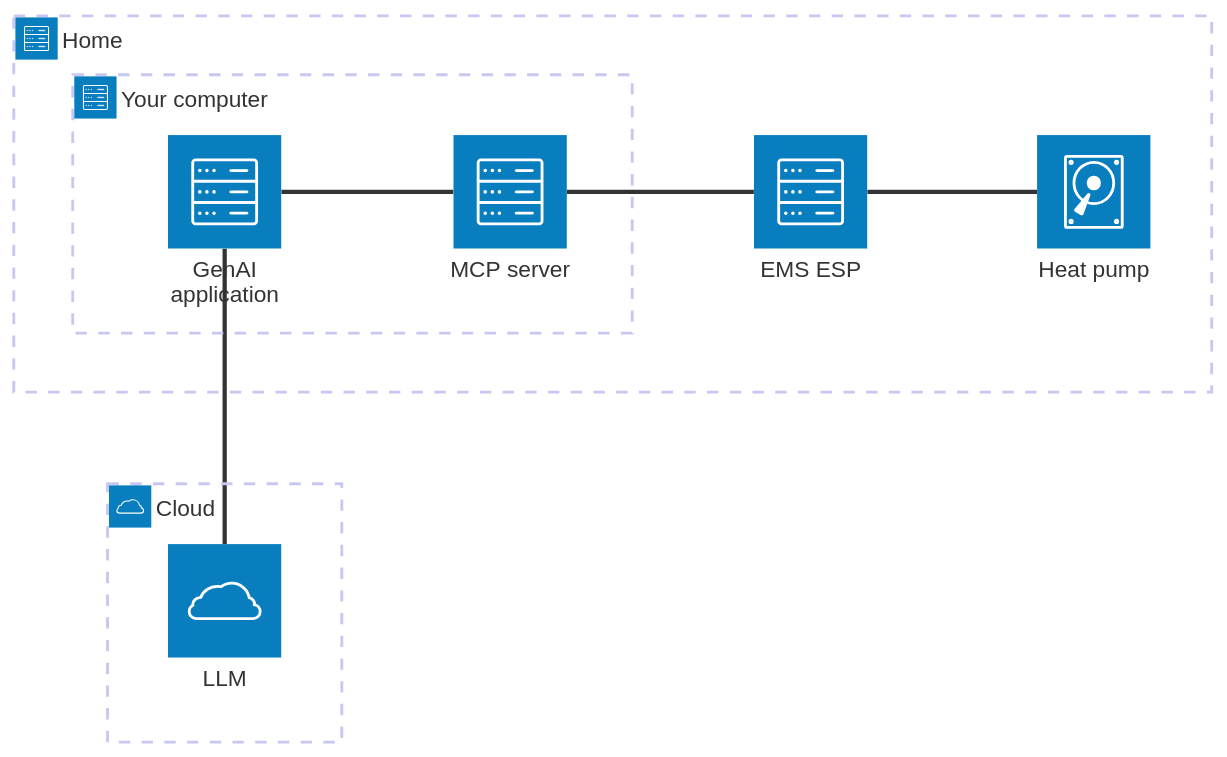
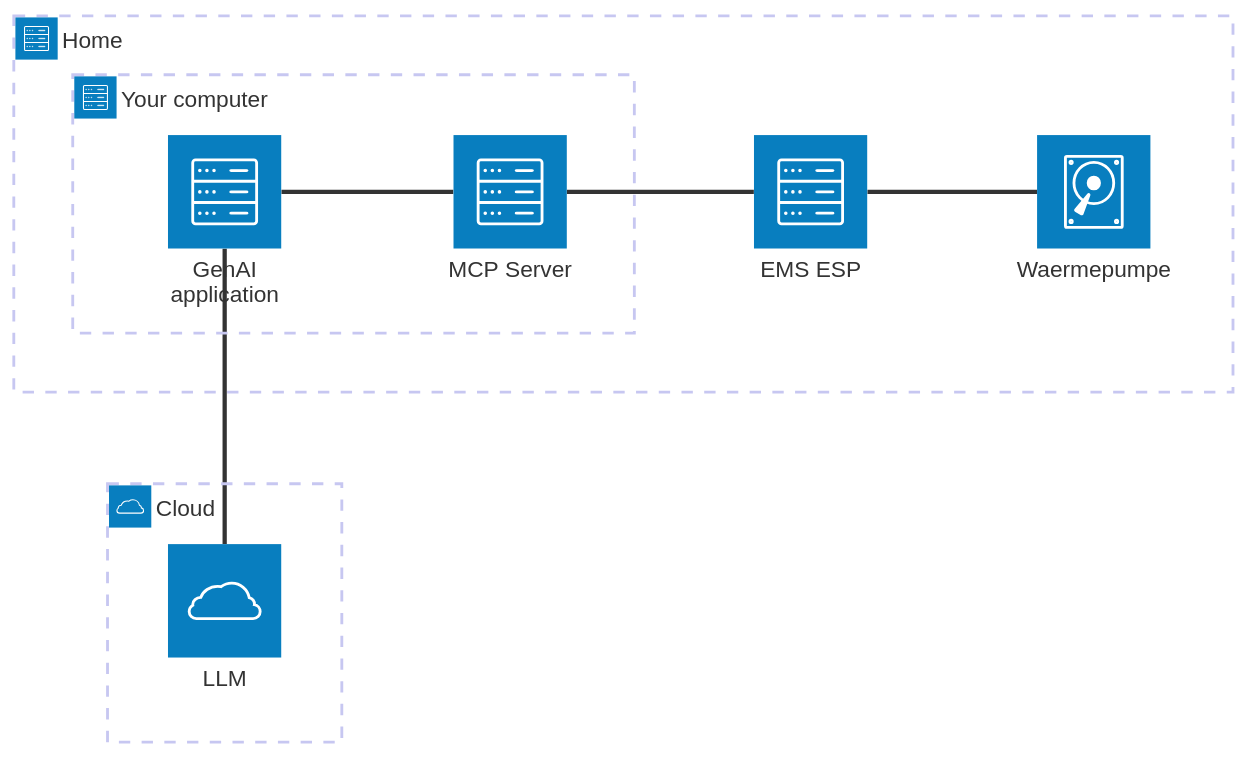
Before and after one commit to bosch-buderus-wp/bosch-buderus-wp.github.io: the diagram in _en_docs/Smarthome-AI.md, drawn with Mermaid. The commit also changed other lines of this file and 25 other files, not shown here.

````diff
--- a/_en_docs/Smarthome-AI.md
+++ b/_en_docs/Smarthome-AI.md
@@ -80,17 +80,17 @@
 ```mermaid
 architecture-beta
     group cloud(cloud)[Cloud]
     service llm(cloud)[LLM] in cloud
 
     group home(server)[Home]
-    service hp(disk)[Heat pump] in home
+    service hp(disk)[Waermepumpe] in home
     service emsesp(server)[EMS ESP] in home
     group notebook(server)[Your computer] in home
     service app(server)[GenAI application] in notebook
-    service mcp(server)[MCP server] in notebook
+    service mcp(server)[MCP Server] in notebook
 
     llm:T -- B:app
     app:R -- L:mcp
     mcp:R -- L:emsesp
     emsesp:R -- L:hp
 ```
````
